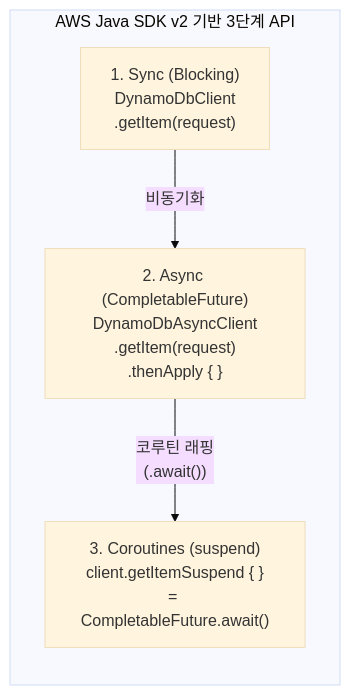
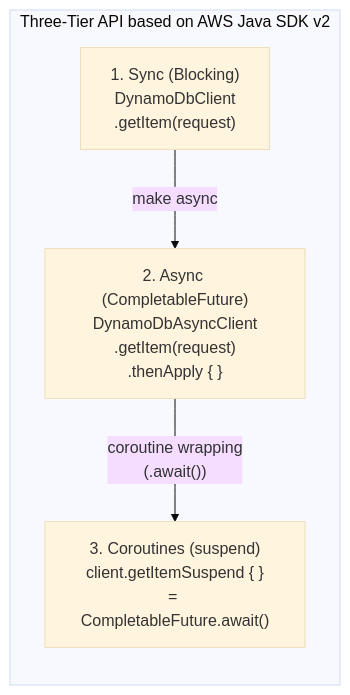
One commit to bluetape4k/bluetape4k-projects changed the second of 3 diagrams in aws/aws/README.md. Above: the diagram before and after it, drawn with Mermaid (base theme). The commit also changed other lines of this file and 265 other files, not shown here.

````diff
--- a/aws/aws/README.md
+++ b/aws/aws/README.md
@@ -145,12 +147,12 @@
 ```mermaid
 flowchart LR
-    subgraph "AWS Java SDK v2 기반 3단계 API"
+    subgraph "Three-Tier API based on AWS Java SDK v2"
         direction TB
         SYNC["1. Sync (Blocking)<br/>DynamoDbClient<br/>.getItem(request)"]
         ASYNC["2. Async (CompletableFuture)<br/>DynamoDbAsyncClient<br/>.getItem(request)<br/>.thenApply { }"]
         CORO["3. Coroutines (suspend)<br/>client.getItemSuspend { }<br/>= CompletableFuture.await()"]
     end
 
-    SYNC -->|"비동기화"| ASYNC
-    ASYNC -->|"코루틴 래핑<br/>(.await())"| CORO
+    SYNC -->|"make async"| ASYNC
+    ASYNC -->|"coroutine wrapping<br/>(.await())"| CORO
 ```
````
